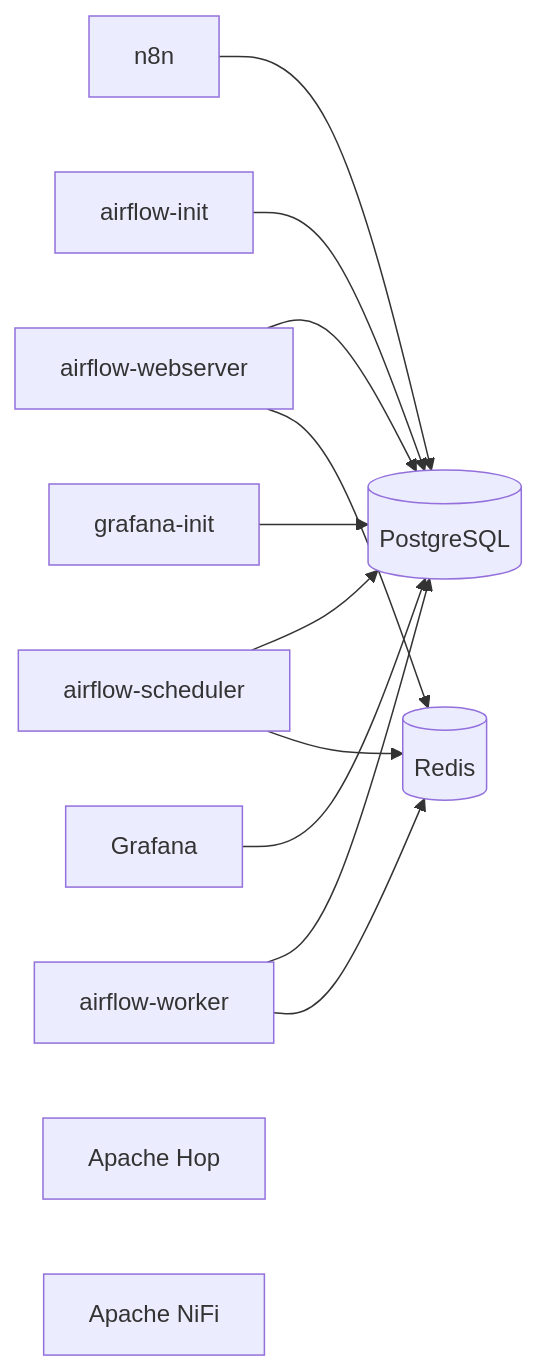
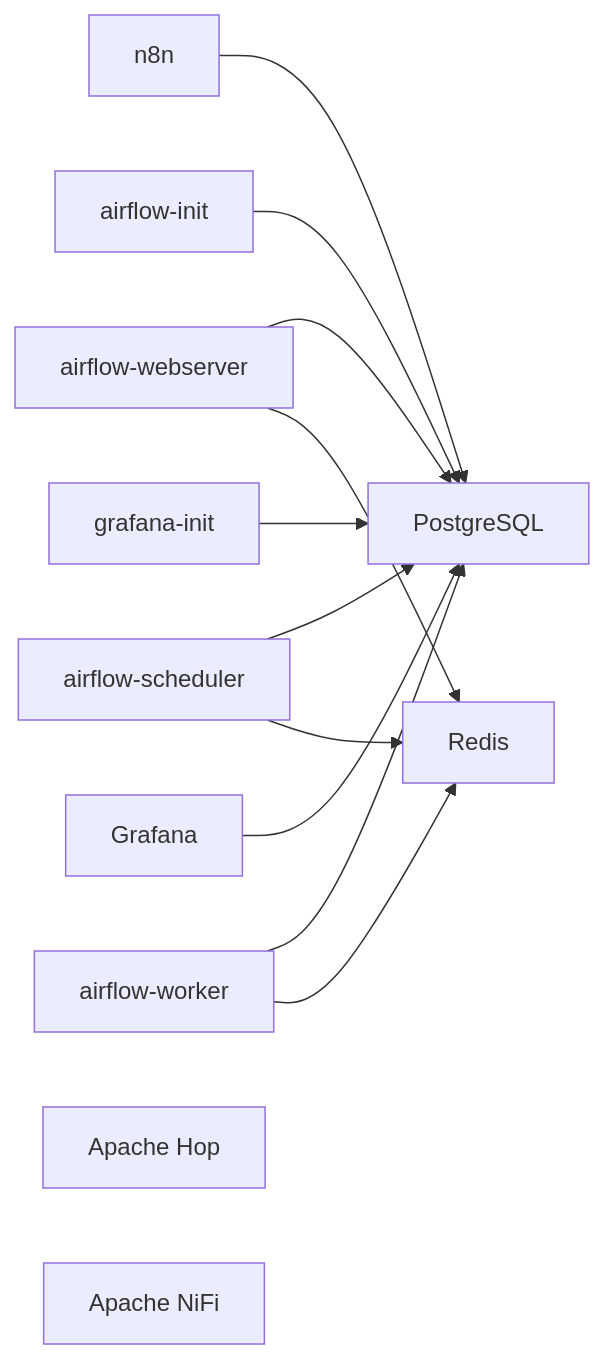
Before and after one commit to lraigosov/docker-services: the diagram in README.md, drawn with Mermaid.

Commit message:
Fix Mermaid architecture diagram rendering in README

````diff
--- a/README.md
+++ b/README.md
@@ -47,25 +47,25 @@
 ```mermaid
 flowchart LR
-  PG[(PostgreSQL)]
-  REDIS[(Redis)]
-  N8N[n8n]
-  AFI[airflow-init]
-  AWS[airflow-webserver]
-  ASC[airflow-scheduler]
-  AWK[airflow-worker]
-  GFI[grafana-init]
-  GRA[Grafana]
-  HOP[Apache Hop]
-  NIFI[Apache NiFi]
+  pg["PostgreSQL"]
+  redis["Redis"]
+  n8n["n8n"]
+  airflowInit["airflow-init"]
+  airflowWeb["airflow-webserver"]
+  airflowScheduler["airflow-scheduler"]
+  airflowWorker["airflow-worker"]
+  grafanaInit["grafana-init"]
+  grafana["Grafana"]
+  hop["Apache Hop"]
+  nifi["Apache NiFi"]
 
-  N8N --> PG
-  AFI --> PG
-  AWS --> PG
-  ASC --> PG
-  AWK --> PG
-  AWS --> REDIS
-  ASC --> REDIS
-  AWK --> REDIS
-  GFI --> PG
-  GRA --> PG
+  n8n --> pg
+  airflowInit --> pg
+  airflowWeb --> pg
+  airflowScheduler --> pg
+  airflowWorker --> pg
+  airflowWeb --> redis
+  airflowScheduler --> redis
+  airflowWorker --> redis
+  grafanaInit --> pg
+  grafana --> pg
 ```
````
